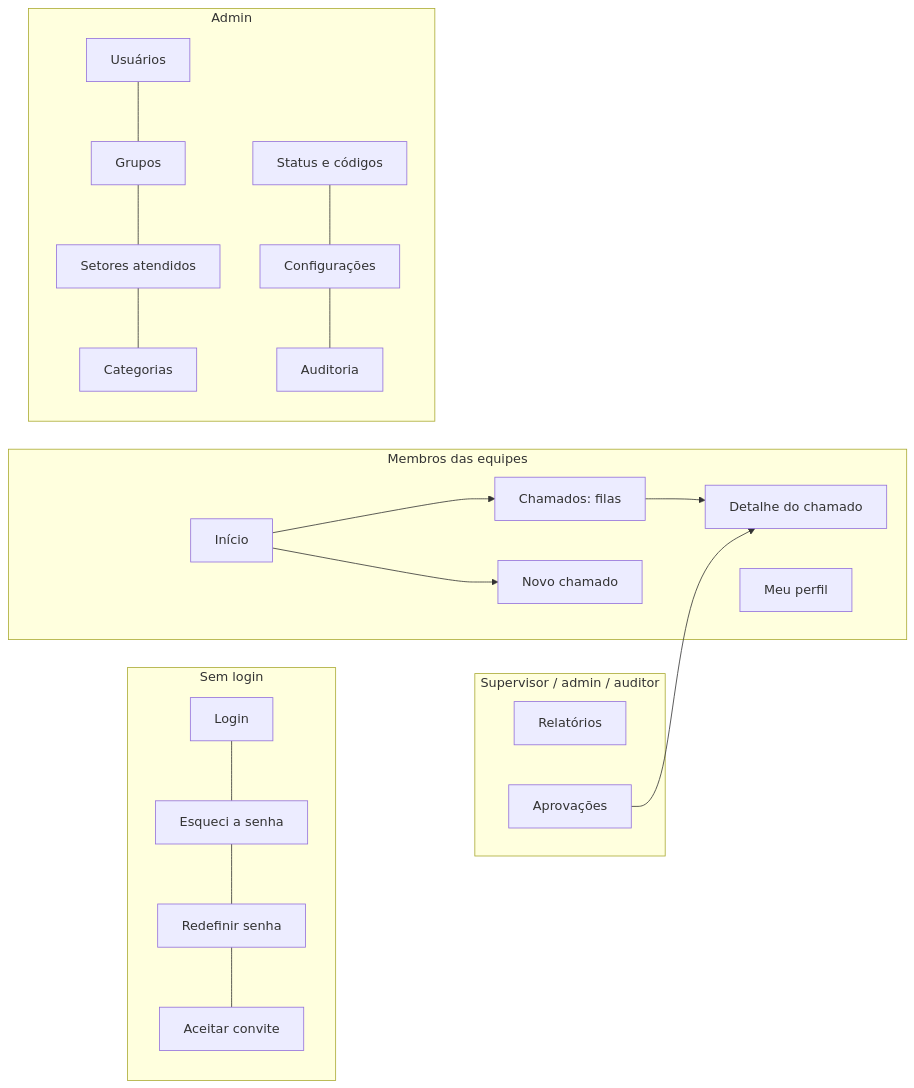
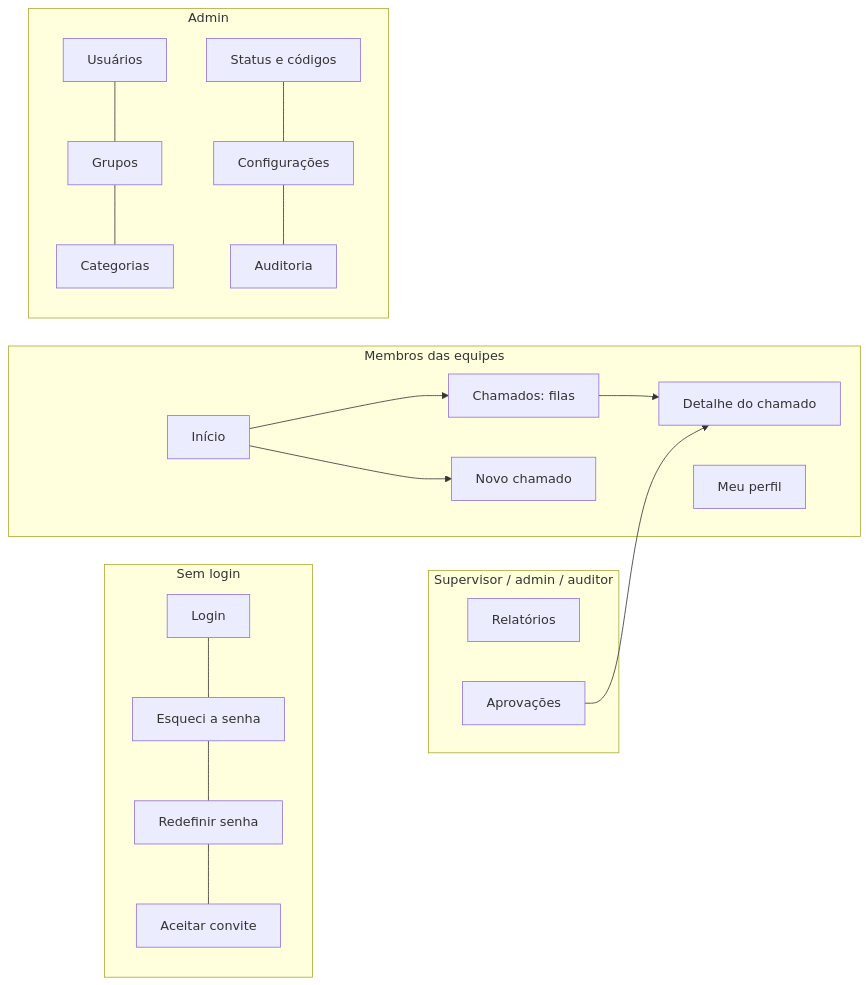
One commit to 0LB-i/ticketflow changed the diagram in docs/13-telas-e-navegacao.md. Above: the diagram before and after it, drawn with Mermaid. The commit also changed other lines of this file and 35 other files, not shown here.

First line of the commit message:
feat(organização): remove os setores atendidos

````diff
--- a/docs/13-telas-e-navegacao.md
+++ b/docs/13-telas-e-navegacao.md
@@ -30,19 +30,19 @@
 ```mermaid
 flowchart LR
     subgraph Publico[Sem login]
         L[Login] --- E[Esqueci a senha] --- R[Redefinir senha] --- C[Aceitar convite]
     end
     subgraph Equipe[Membros das equipes]
         I[Início] --> F[Chamados: filas] --> D[Detalhe do chamado]
         I --> N[Novo chamado]
         P[Meu perfil]
     end
     subgraph Gestao[Supervisor / admin / auditor]
         RE[Relatórios]
         AP[Aprovações] --> D
     end
     subgraph Admin
-        AU[Usuários] --- AG[Grupos] --- AS[Setores atendidos] --- AC[Categorias]
+        AU[Usuários] --- AG[Grupos] --- AC[Categorias]
         AT[Status e códigos] --- ACF[Configurações] --- AA[Auditoria]
     end
 ```
````
